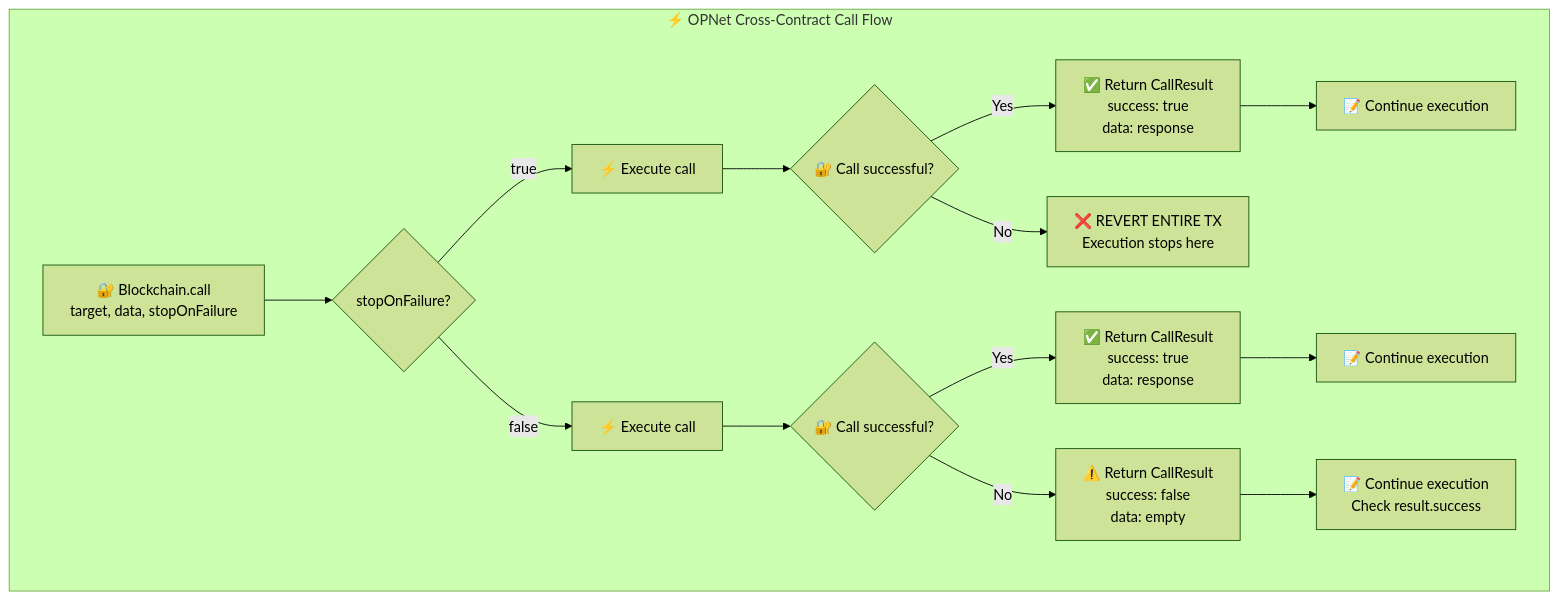
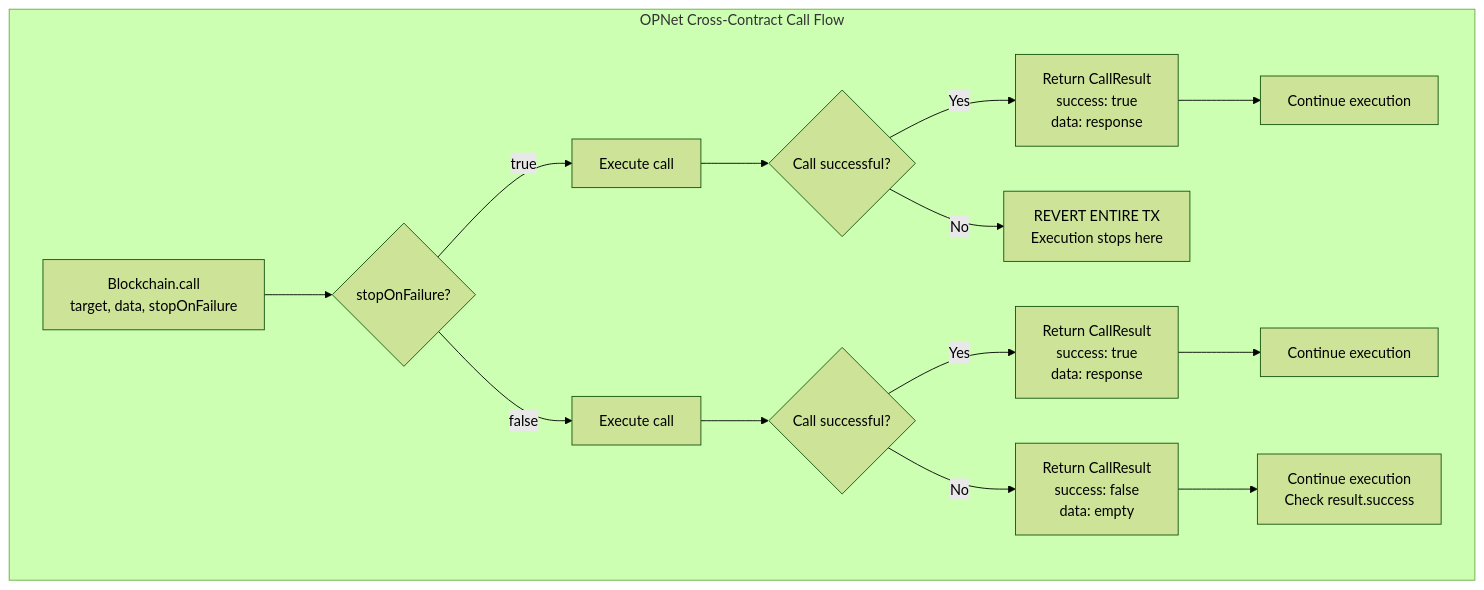
The second of 2 diagrams in docs/advanced/cross-contract-calls.md (btc-vision/btc-runtime), drawn with Mermaid (forest theme) before and after one commit. The commit also changed 1 other file, not shown here.

Commit message:
Remove emojis from mermaid diagrams in docs
Emojis were removed from mermaid flowcharts in cross-contract calls and storage system documentation for improved clarity and consistency.

````diff
--- a/docs/advanced/cross-contract-calls.md
+++ b/docs/advanced/cross-contract-calls.md
@@ -94,22 +94,22 @@
 ```mermaid
 flowchart TD
-    subgraph OPNet["⚡ OPNet Cross-Contract Call Flow"]
-        A["🔐 Blockchain.call<br/>target, data, stopOnFailure"] --> B{"stopOnFailure?"}
+    subgraph OPNet["OPNet Cross-Contract Call Flow"]
+        A["Blockchain.call<br/>target, data, stopOnFailure"] --> B{"stopOnFailure?"}
 
-        B -->|"true"| C["⚡ Execute call"]
-        B -->|"false"| D["⚡ Execute call"]
+        B -->|"true"| C["Execute call"]
+        B -->|"false"| D["Execute call"]
 
-        C --> E{"🔐 Call successful?"}
-        D --> F{"🔐 Call successful?"}
+        C --> E{"Call successful?"}
+        D --> F{"Call successful?"}
 
-        E -->|"Yes"| G["✅ Return CallResult<br/>success: true<br/>data: response"]
-        E -->|"No"| H["❌ REVERT ENTIRE TX<br/>Execution stops here"]
+        E -->|"Yes"| G["Return CallResult<br/>success: true<br/>data: response"]
+        E -->|"No"| H["REVERT ENTIRE TX<br/>Execution stops here"]
 
-        F -->|"Yes"| I["✅ Return CallResult<br/>success: true<br/>data: response"]
-        F -->|"No"| J["⚠️ Return CallResult<br/>success: false<br/>data: empty"]
+        F -->|"Yes"| I["Return CallResult<br/>success: true<br/>data: response"]
+        F -->|"No"| J["Return CallResult<br/>success: false<br/>data: empty"]
 
-        G --> K["📝 Continue execution"]
-        I --> L["📝 Continue execution"]
-        J --> M["📝 Continue execution<br/>Check result.success"]
+        G --> K["Continue execution"]
+        I --> L["Continue execution"]
+        J --> M["Continue execution<br/>Check result.success"]
     end
 ```
````
